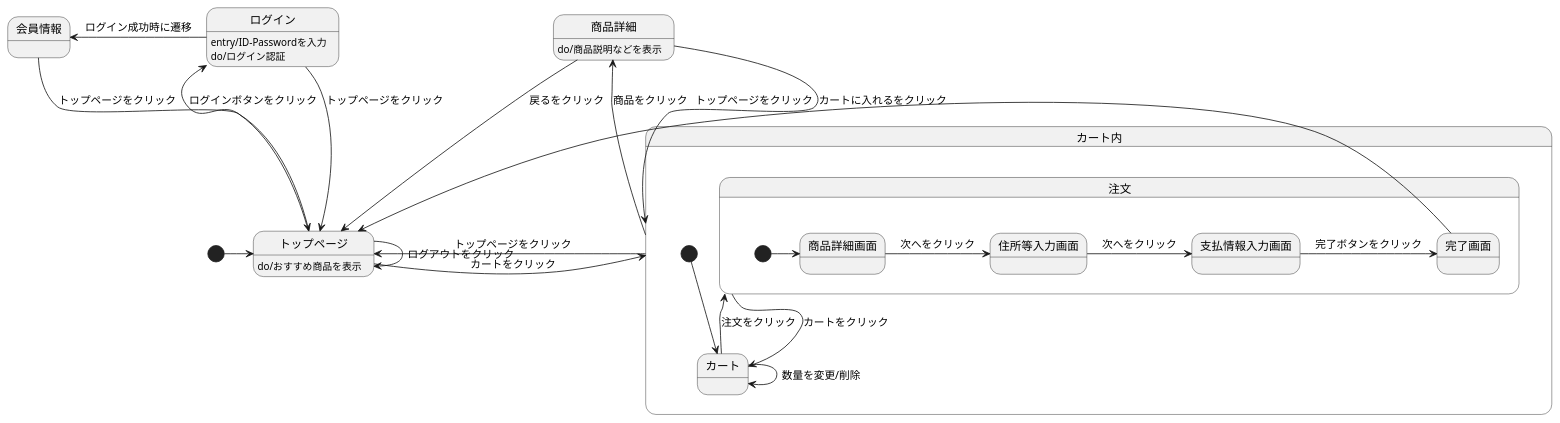
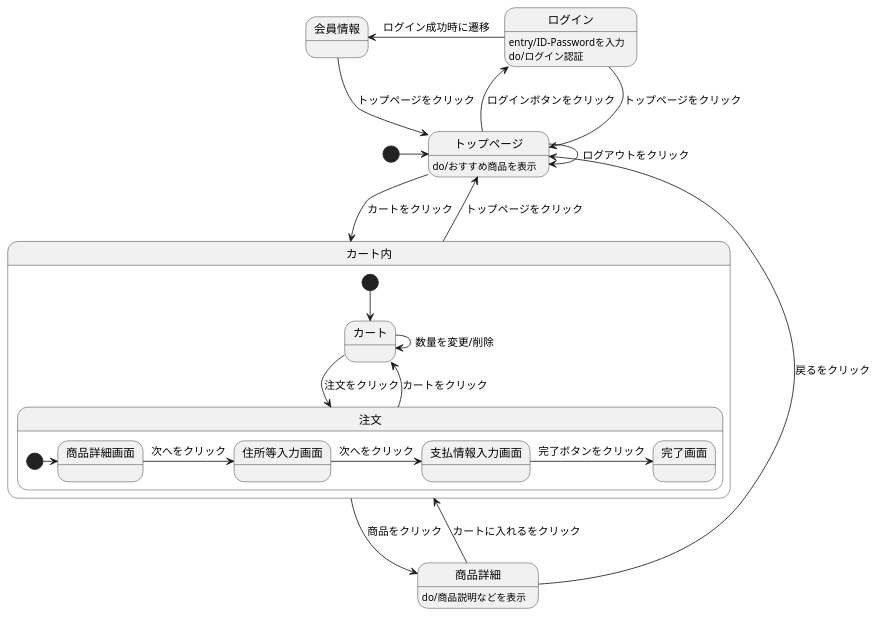
One commit to Aso2101121/2021sys-design-2 changed the diagram in orijinal.stw.md. Above: the diagram before and after it, drawn with PlantUML.

````diff
--- a/orijinal.stw.md
+++ b/orijinal.stw.md
@@ -1,33 +1,32 @@
 ```uml
 @startuml
 [*] -> トップページ
 トップページ : do/おすすめ商品を表示
 会員情報 --> トップページ : トップページをクリック
 ログイン --> トップページ : トップページをクリック
 トップページ --> トップページ : ログアウトをクリック
 トップページ -left-> ログイン : ログインボタンをクリック
 ログイン -left-> 会員情報 : ログイン成功時に遷移
 ログイン : entry/ID-Passwordを入力
 ログイン : do/ログイン認証
 トップページ --> カート内 : カートをクリック
 商品詳細 --> カート内 : カートに入れるをクリック
 商品詳細 --> トップページ : 戻るをクリック
 商品詳細 : do/商品説明などを表示
 カート内 -up-> トップページ : トップページをクリック
 カート内 -> 商品詳細 : 商品をクリック
 
 state カート内{
  [*] --> カート
  カート -> 注文 : 注文をクリック
  カート -> カート : 数量を変更/削除
  注文 --> カート : カートをクリック
  state 注文{
   [*] -> 商品詳細画面
   商品詳細画面 -> 住所等入力画面 : 次へをクリック
   住所等入力画面 -> 支払情報入力画面 : 次へをクリック
   支払情報入力画面 -> 完了画面 : 完了ボタンをクリック
-  完了画面 --> トップページ : トップページをクリック
  }
 }
 @enduml
 ```
````
